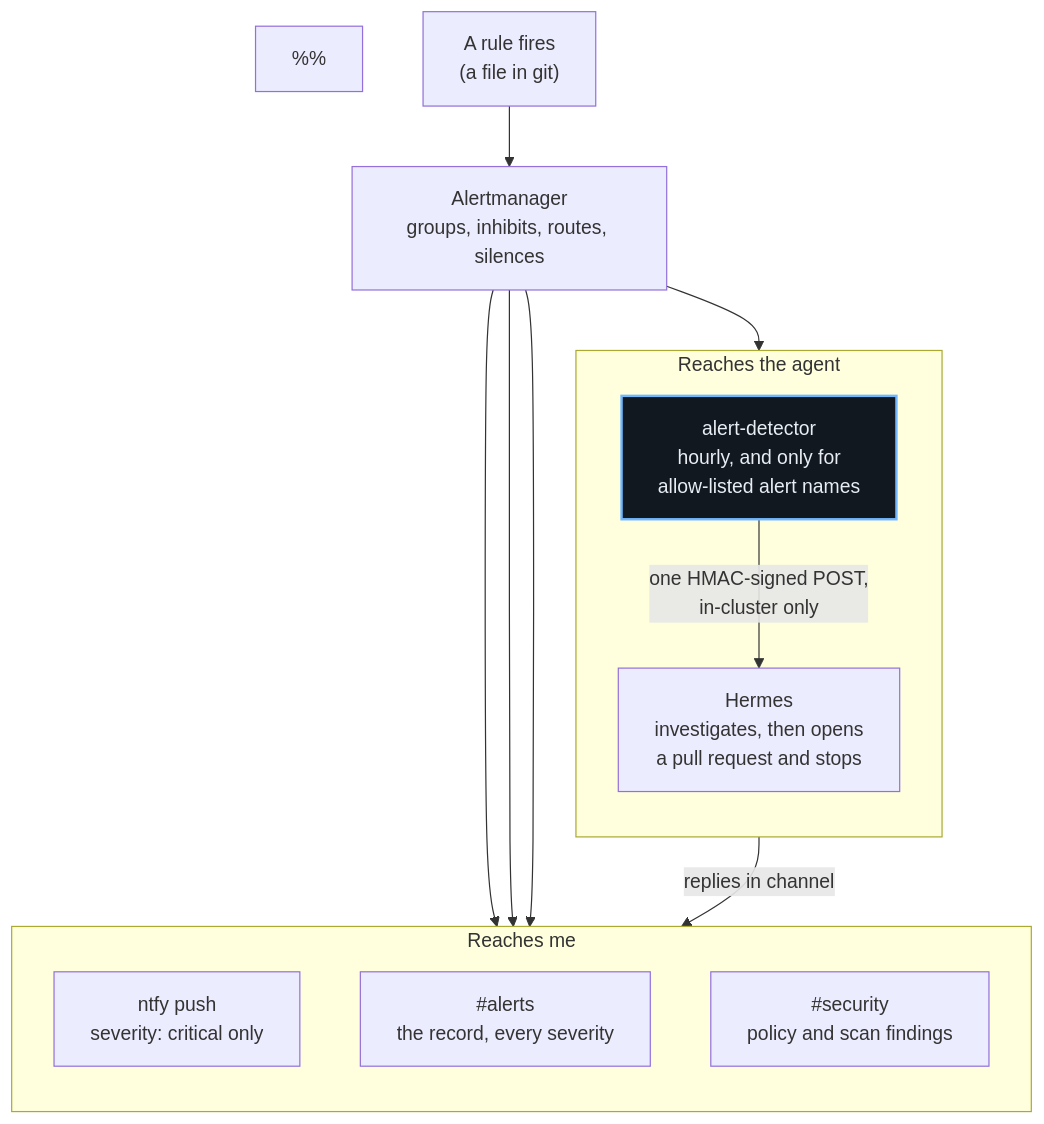
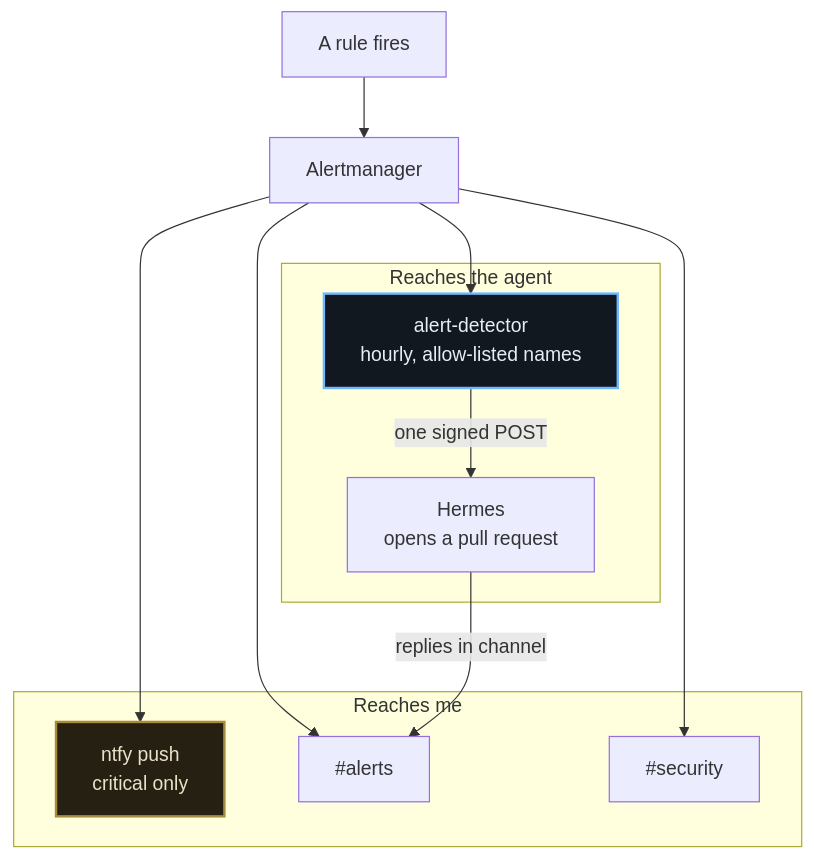
The diagram in documentation/site-diagrams/src/alerting.mmd (kg6zjl/clusters), drawn with Mermaid before and after one commit. The commit also changed 27 other files, not shown here.

```diff
--- a/documentation/site-diagrams/src/alerting.mmd
+++ b/documentation/site-diagrams/src/alerting.mmd
@@ -1,35 +1,40 @@
 flowchart TB
 %% From a firing rule to a person, and then on to the agent. Two exits, deliberately different.
-%%
+
 %% The paging exit wakes me. The agent exit only ever opens a pull request, so it arrives in the
 %% same review queue with the same human at the end of it — just started without me being awake.
-%%
-%% Everything between the two exits is a filter, and the filters are the design. An alert name has
-%% to be on a short written list before it is worth an agent run at all, and the poll is hourly
-%% because the paging path has already reached me by then.
 
-  rules["A rule fires<br/>(a file in git)"] --> am["Alertmanager<br/>groups, inhibits, routes, silences"]
+%% Everything between the two exits is a filter, and the filters are the design: an alert name has
+%% to be on a short written list before it is worth an agent run at all.
+
+  rules["A rule fires"]
+  am["Alertmanager"]
 
   subgraph human["Reaches me"]
-    direction TB
-    ntfy["ntfy push<br/>severity: critical only"]
-    alerts["#alerts<br/>the record, every severity"]
-    secchan["#security<br/>policy and scan findings"]
+    ntfy["ntfy push<br/>critical only"]
+    alerts["#alerts"]
+    security["#security"]
   end
+
+  subgraph second["Reaches the agent"]
+    detector["alert-detector<br/>hourly, allow-listed names"]
+    agent["Hermes<br/>opens a pull request"]
+  end
+
+  rules --> am
 
   am --> ntfy
   am --> alerts
-  am --> secchan
-
-  subgraph second["Reaches the agent"]
-    direction TB
-    detector["alert-detector<br/>hourly, and only for<br/>allow-listed alert names"]
-    agent["Hermes<br/>investigates, then opens<br/>a pull request and stops"]
-  end
+  am --> security
 
   am --> detector
-  detector -->|"one HMAC-signed POST,<br/>in-cluster only"| agent
+  detector -->|"one signed POST"| agent
   agent -->|"replies in channel"| alerts
 
-  classDef gate fill:#121820,stroke:#71b7ff,stroke-width:2px,color:#e7edf3
-  class detector gate
+  %% Amber is the only page: the push that means something is on fire right now. Blue is the filter,
+  %% because the allow-list is the gate that decides whether the agent runs at all.
+  classDef warn fill:#262013,stroke:#a98a3c,stroke-width:2px,color:#ebe1c9
+  classDef control fill:#121820,stroke:#71b7ff,stroke-width:2px,color:#e7edf3
+
+  class ntfy warn
+  class detector control
```
